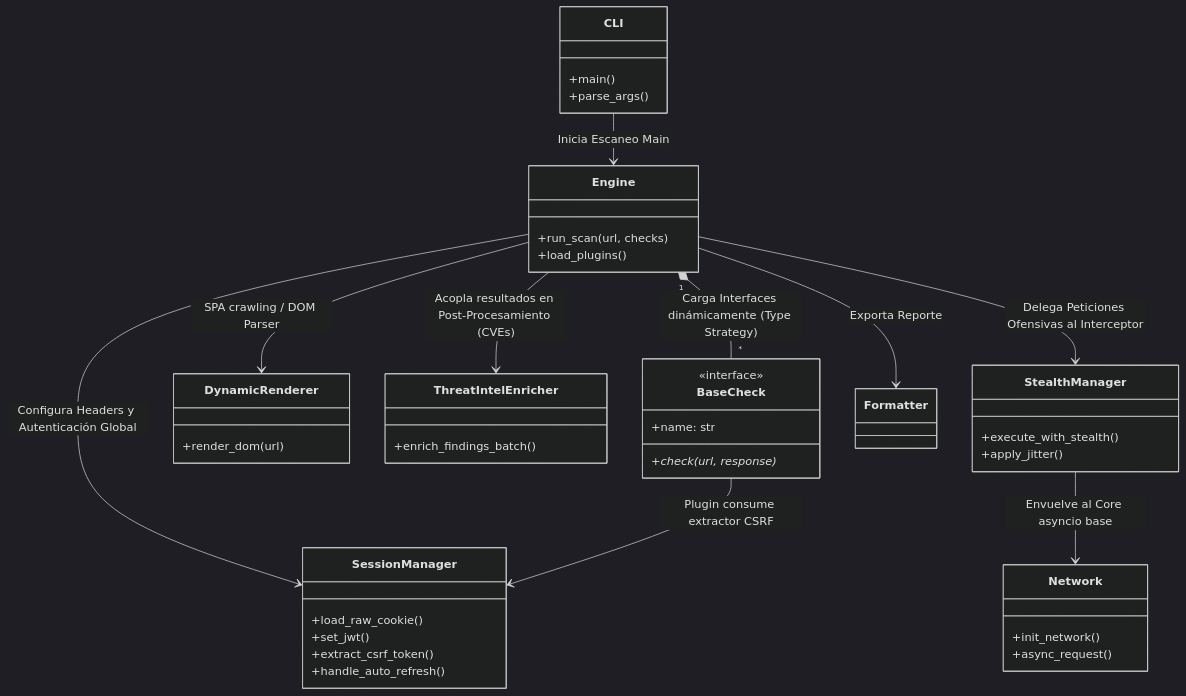
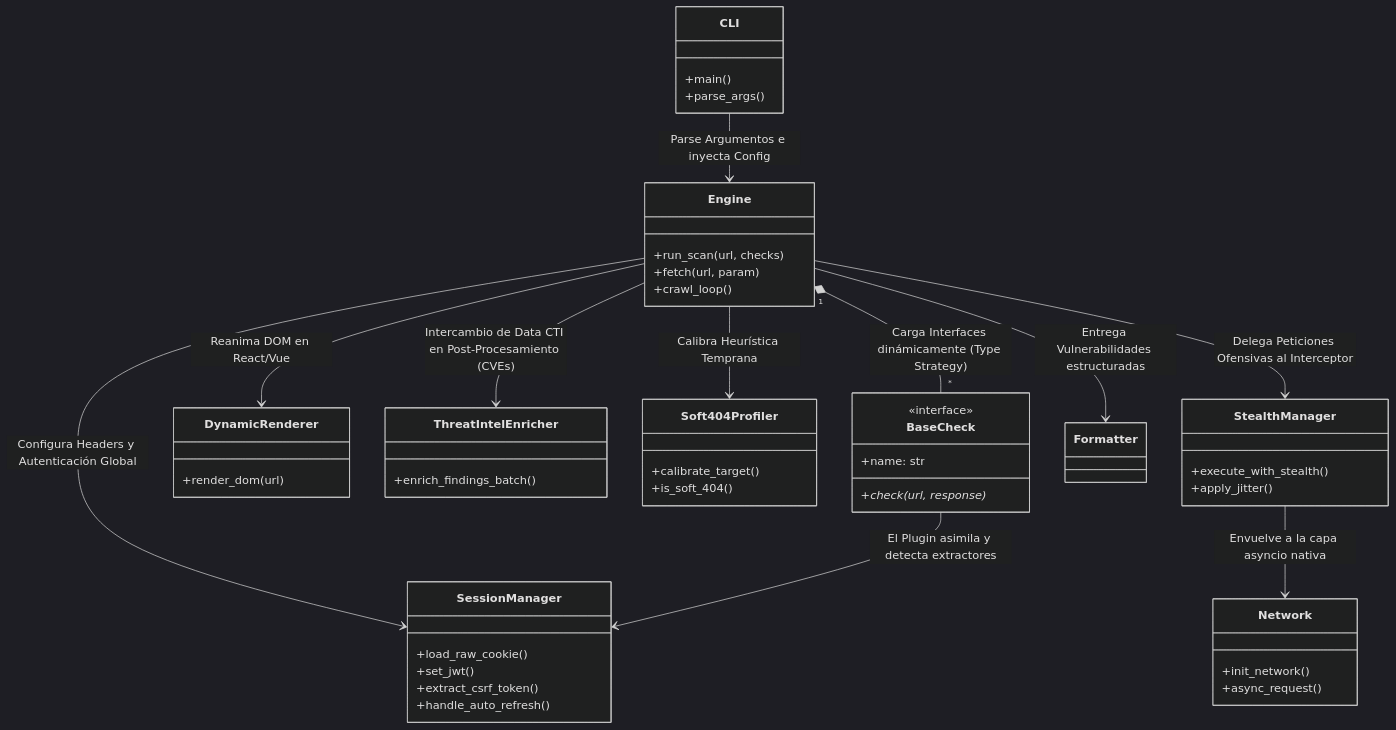
The diagram in README.md (George230297/WebVulnScanner), drawn with Mermaid (dark theme) before and after one commit. The commit also changed other lines of this file and 34 other files, not shown here.

Commit message:
corrección de errores en el anti-WAF, Playwright y ThreatIntel

````diff
--- a/README.md
+++ b/README.md
@@ -108,46 +108,52 @@
 ```mermaid
 classDiagram
     class CLI {
         +main()
         +parse_args()
     }
     class Engine {
         +run_scan(url, checks)
-        +load_plugins()
+        +fetch(url, param)
+        +crawl_loop()
     }
     class StealthManager {
         +execute_with_stealth()
         +apply_jitter()
     }
     class SessionManager {
         +load_raw_cookie()
         +set_jwt()
         +extract_csrf_token()
         +handle_auto_refresh()
     }
     class Network {
         +init_network()
         +async_request()
     }
     class DynamicRenderer {
         +render_dom(url)
     }
     class ThreatIntelEnricher {
         +enrich_findings_batch()
     }
+    class Soft404Profiler {
+        +calibrate_target()
+        +is_soft_404()
+    }
     class BaseCheck {
         <<interface>>
         +name: str
         +check(url, response)*
     }
 
-    CLI --> Engine : Inicia Escaneo Main
+    CLI --> Engine : Parse Argumentos e inyecta Config
     Engine --> SessionManager : Configura Headers y Autenticación Global
+    Engine --> Soft404Profiler : Calibra Heurística Temprana
     Engine --> StealthManager : Delega Peticiones Ofensivas al Interceptor
-    StealthManager --> Network : Envuelve al Core asyncio base  
-    Engine --> DynamicRenderer : SPA crawling / DOM Parser
+    StealthManager --> Network : Envuelve a la capa asyncio nativa  
+    Engine --> DynamicRenderer : Reanima DOM en React/Vue
     Engine "1" *-- "*" BaseCheck : Carga Interfaces dinámicamente (Type Strategy)
-    BaseCheck --> SessionManager : Plugin consume extractor CSRF
-    Engine --> ThreatIntelEnricher : Acopla resultados en Post-Procesamiento (CVEs)
-    Engine --> Formatter : Exporta Reporte
+    BaseCheck --> SessionManager : El Plugin asimila y detecta extractores
+    Engine --> ThreatIntelEnricher : Intercambio de Data CTI en Post-Procesamiento (CVEs)
+    Engine --> Formatter : Entrega Vulnerabilidades estructuradas
 ```
````
